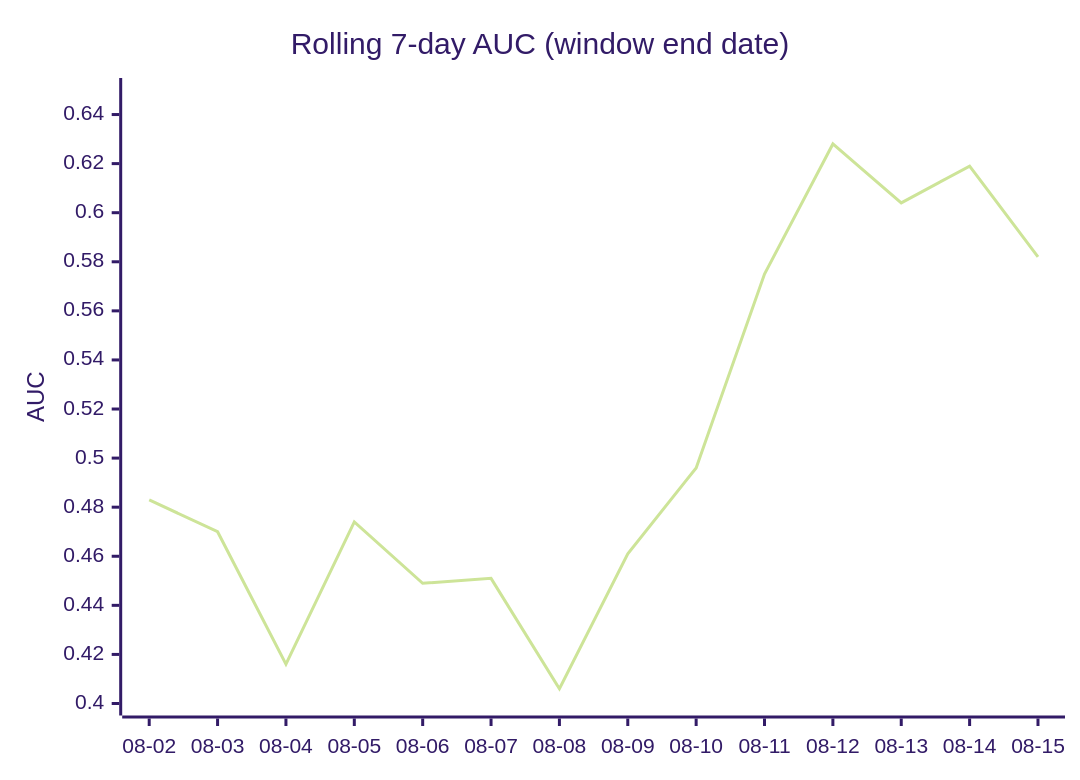
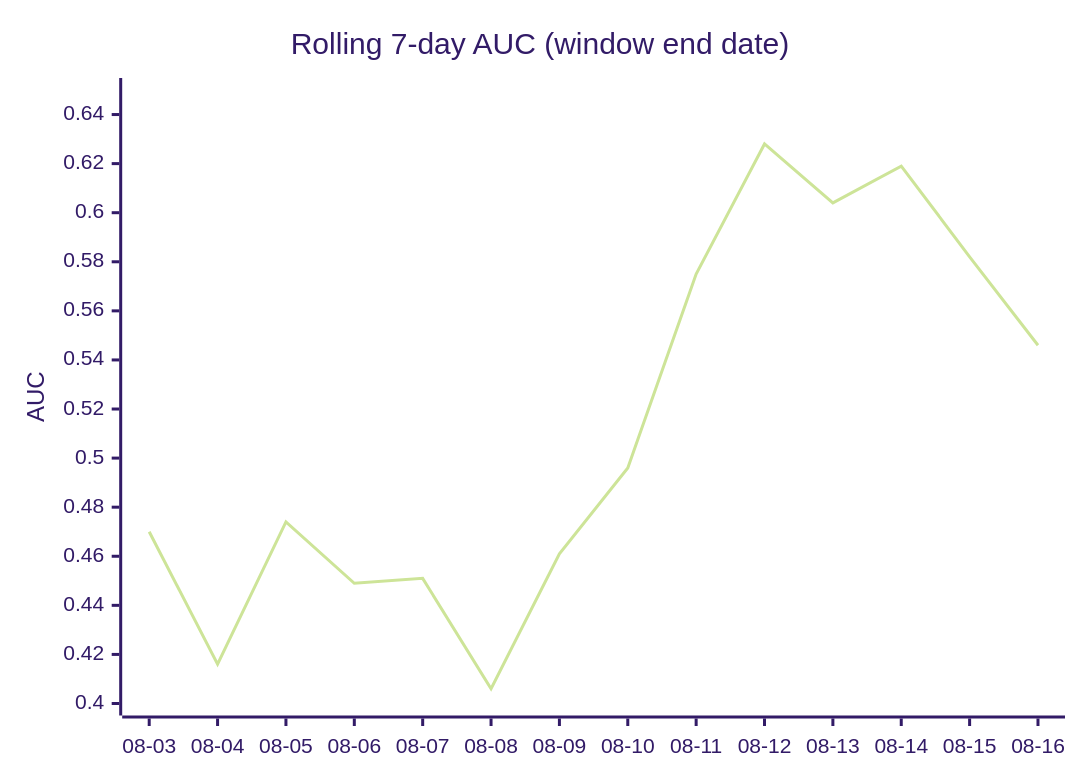
Before and after one commit to dpk1212/nhl-savant: the third of 4 diagrams in DAILY_AGSU_REPORT.md, drawn with Mermaid (forest theme). The commit also changed other lines of this file, not shown here.

````diff
--- a/DAILY_AGSU_REPORT.md
+++ b/DAILY_AGSU_REPORT.md
@@ -810,7 +811,7 @@
 ```mermaid
 xychart-beta
     title "Rolling 7-day AUC (window end date)"
-    x-axis ["08-02", "08-03", "08-04", "08-05", "08-06", "08-07", "08-08", "08-09", "08-10", "08-11", "08-12", "08-13", "08-14", "08-15"]
+    x-axis ["08-03", "08-04", "08-05", "08-06", "08-07", "08-08", "08-09", "08-10", "08-11", "08-12", "08-13", "08-14", "08-15", "08-16"]
     y-axis "AUC" 0.4 --> 0.65
-    line [0.483, 0.47, 0.416, 0.474, 0.449, 0.451, 0.406, 0.461, 0.496, 0.575, 0.628, 0.604, 0.619, 0.582]
+    line [0.47, 0.416, 0.474, 0.449, 0.451, 0.406, 0.461, 0.496, 0.575, 0.628, 0.604, 0.619, 0.582, 0.546]
 ```
````
